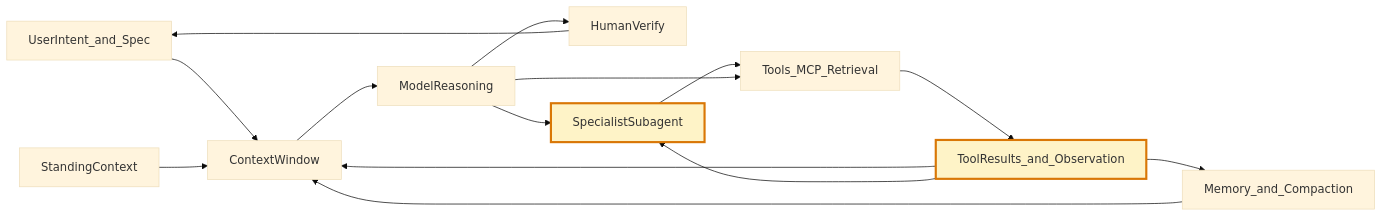
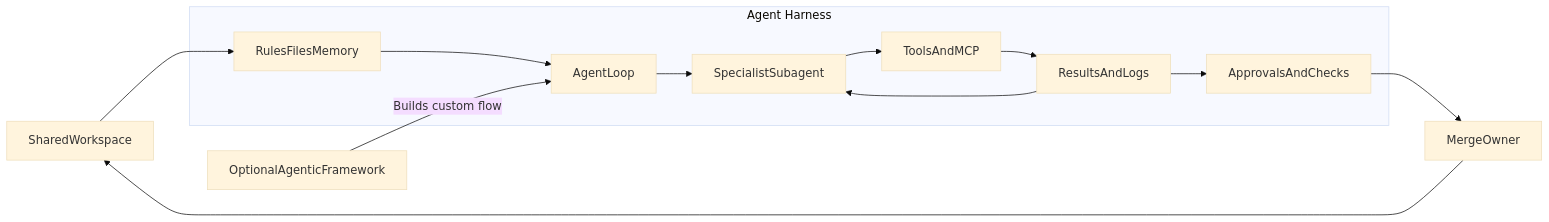
One commit to makemoney2023/LLMCourse changed the diagram in curriculum/modules/09-delegation/diagram.mmd. Above: the diagram before and after it, drawn with Mermaid (base theme). The commit also changed 46 other files, not shown here.

First line of the commit message:
Expand course guidance for shared agent workspaces

```diff
--- a/curriculum/modules/09-delegation/diagram.mmd
+++ b/curriculum/modules/09-delegation/diagram.mmd
@@ -1,27 +1,25 @@
 flowchart LR
-  intent[UserIntent_and_Spec]
-  standing[StandingContext]
-  window[ContextWindow]
-  model[ModelReasoning]
-  tools[Tools_MCP_Retrieval]
-  observe[ToolResults_and_Observation]
-  memory[Memory_and_Compaction]
-  verify[HumanVerify]
-  delegate[SpecialistSubagent]
+  shared[SharedWorkspace]
+  framework[OptionalAgenticFramework]
+  mergeOwner[MergeOwner]
 
-  intent --> window
-  standing --> window
-  memory --> window
-  window --> model
-  model --> delegate
-  delegate --> tools
-  model --> tools
-  tools --> observe
-  observe --> window
-  observe --> delegate
-  model --> verify
-  verify --> intent
-  observe --> memory
+  subgraph harness [Agent Harness]
+    rules[RulesFilesMemory]
+    agent[AgentLoop]
+    specialist[SpecialistSubagent]
+    tools[ToolsAndMCP]
+    observe[ResultsAndLogs]
+    approval[ApprovalsAndChecks]
 
-  classDef focus fill:#fef3c7,stroke:#d97706,stroke-width:3px
-  class delegate,observe focus
+    rules --> agent
+    agent --> specialist
+    specialist --> tools
+    tools --> observe
+    observe --> specialist
+    observe --> approval
+  end
+
+  shared --> rules
+  framework -->|"Builds custom flow"| agent
+  approval --> mergeOwner
+  mergeOwner --> shared
```
